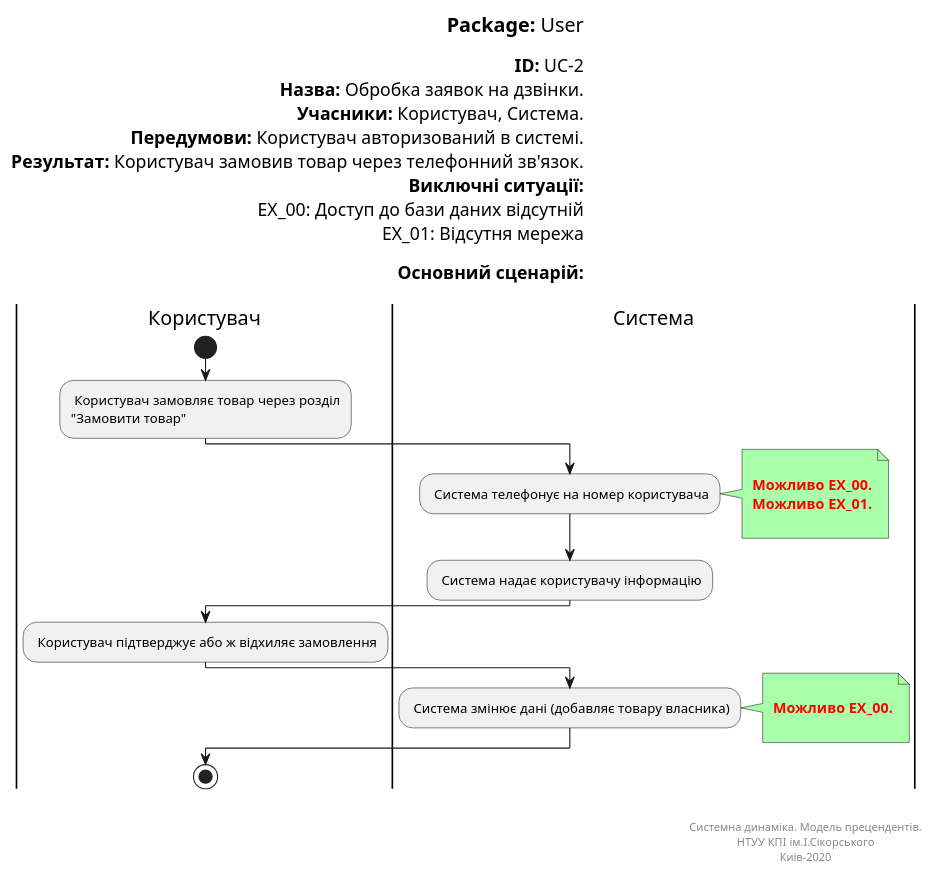
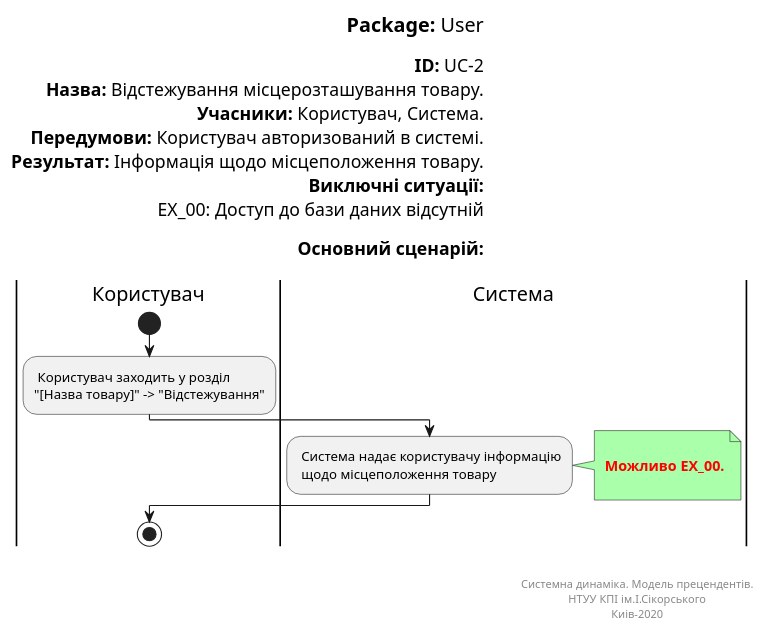
One commit to kirilinsane/Team2 changed the diagram in Doc/UMLdiagrams/scenarios/user/Diagrams/UML/UC2.pu. Above: the diagram before and after it, drawn with PlantUML. The commit also changed 11 other files, not shown here.

```diff
--- a/Doc/UMLdiagrams/scenarios/user/Diagrams/UML/UC2.pu
+++ b/Doc/UMLdiagrams/scenarios/user/Diagrams/UML/UC2.pu
@@ -1,55 +1,41 @@
 @startuml
 left header
 <font color=000 size=18><b>Package:</b> User
 
 <font color=000 size=16><b>ID:</b> UC-2
-<font color=000 size=16><b>Назва:</b> Обробка заявок на дзвінки.
+<font color=000 size=16><b>Назва:</b> Відстежування місцерозташування товару.
 <font color=000 size=16><b>Учасники:</b> Користувач, Система.
 <font color=000 size=16><b>Передумови:</b> Користувач авторизований в системі.
-<font color=000 size=16><b>Результат:</b> Користувач замовив товар через телефонний зв'язок.
+<font color=000 size=16><b>Результат:</b> Інформація щодо місцеположення товару.
 <font color=000 size=16><b>Виключні ситуації:</b>
 <font color=000 size=16> EX_00: Доступ до бази даних відсутній
-<font color=000 size=16> EX_01: Відсутня мережа
 
 <font color=000 size=16><b>Основний сценарій:</b>
 
 end header
 
 |Користувач|
 start
-: Користувач замовляє товар через розділ
-"Замовити товар";
+: Користувач заходить у розділ 
+"[Назва товару]" -> "Відстежування";
 
 |Система|
-: Система телефонує на номер користувача;
-note right #aaffaa
-
-<font color=red><b> Можливо EX_00.
-<font color=red><b> Можливо EX_01.
-
-end note
-
-: Система надає користувачу інформацію;
-
-|Користувач|
-: Користувач підтверджує або ж відхиляє замовлення;
-
-|Система|
-: Система змінює дані (добавляє товару власника);
+: Система надає користувачу інформацію
+ щодо місцеположення товару;
 note right #aaffaa
 
 <font color=red><b> Можливо EX_00.
 
 end note
 
 |Користувач|
 stop;
 
 right footer
 
 
 Системна динаміка. Модель прецендентів.
 НТУУ КПІ ім.І.Сікорського
 Киів-2020
 end footer
 @enduml
```
